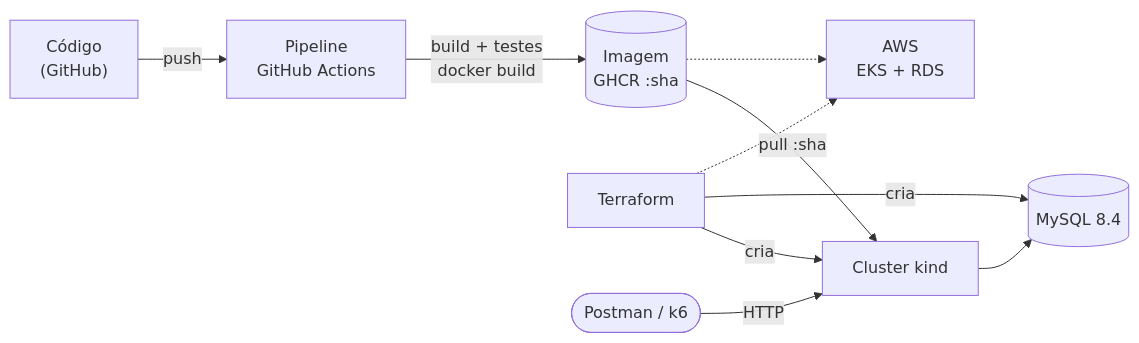
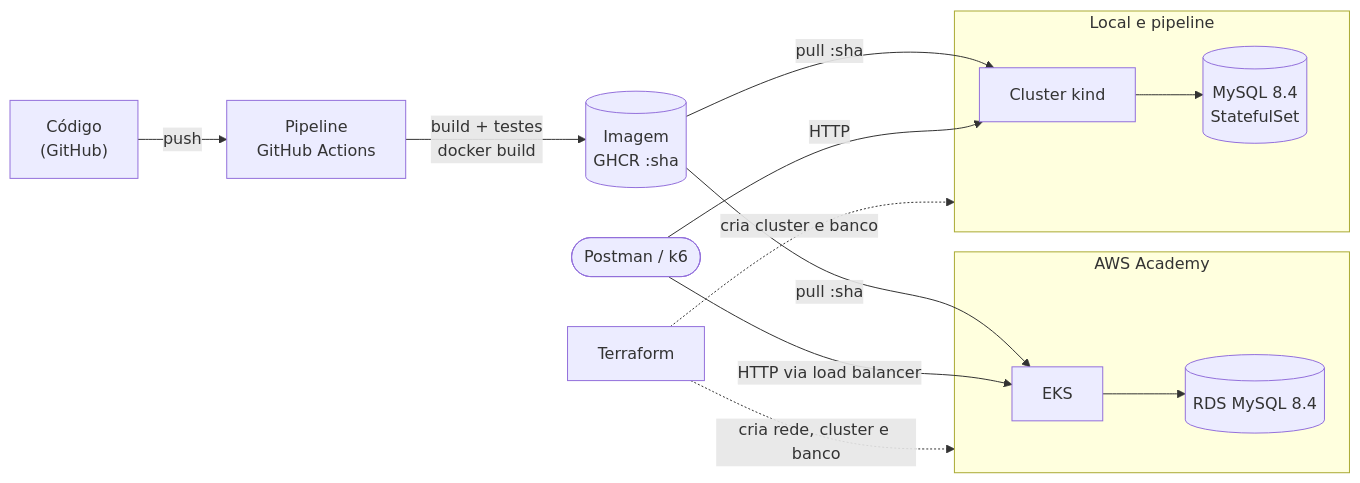
Before and after one commit to SantiagoSilvestre/17SOAT-workshop-management-system: the diagram in README.md, drawn with Mermaid. The commit also changed other lines of this file and 5 other files, not shown here.

First line of the commit message:
docs(platform): document aws academy environment and deploy workflow

````diff
--- a/README.md
+++ b/README.md
@@ -24,12 +26,19 @@
 ```mermaid
 flowchart LR
     code["Código<br/>(GitHub)"] -->|"push"| cd["Pipeline<br/>GitHub Actions"]
     cd -->|"build + testes<br/>docker build"| ghcr[("Imagem<br/>GHCR :sha")]
-    ghcr -->|"pull :sha"| kind["Cluster kind"]
-    ghcr -.-> aws["AWS<br/>EKS + RDS"]
-    tf["Terraform"] -->|"cria"| kind
-    tf -->|"cria"| db[("MySQL 8.4")]
-    tf -.-> aws
-    kind --> db
-    client(["Postman / k6"]) -->|"HTTP"| kind
+    tf["Terraform"]
+    client(["Postman / k6"])
+    subgraph aws["AWS Academy"]
+        eks["EKS"] --> rds[("RDS MySQL 8.4")]
+    end
+    subgraph local["Local e pipeline"]
+        kind["Cluster kind"] --> db[("MySQL 8.4<br/>StatefulSet")]
+    end
+    ghcr -->|"pull :sha"| eks
+    ghcr -->|"pull :sha"| kind
+    tf -.->|"cria rede, cluster e banco"| aws
+    tf -.->|"cria cluster e banco"| local
+    client -->|"HTTP via load balancer"| eks
+    client -->|"HTTP"| kind
 ```
````
